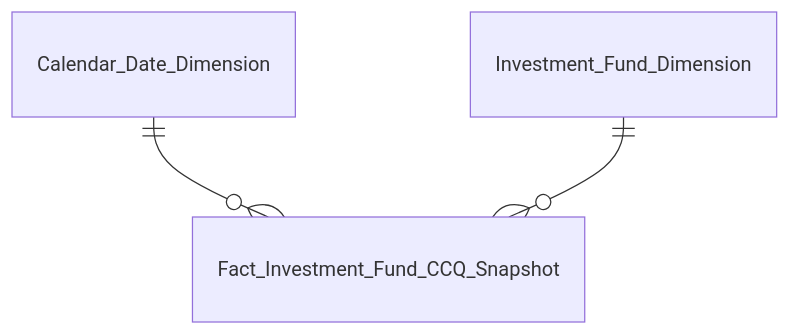
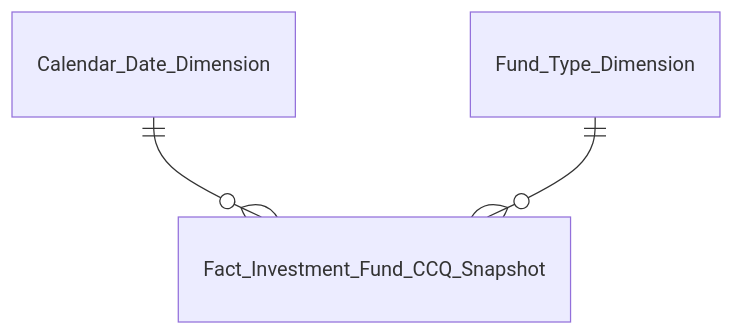
The fourth of 9 diagrams in Datamart/hld/DTM_QLQ_Entities.md (linhlvit/ubck_atomic_design), drawn with Mermaid before and after one commit. The commit also changed other lines of this file and 17 other files, not shown here.

First line of the commit message:
feat(QLQ): dong bo thiet ke theo code dev (Fund Type Dimension, FK fund_type_id, snpst_cdr_dt)

````diff
--- a/Datamart/hld/DTM_QLQ_Entities.md
+++ b/Datamart/hld/DTM_QLQ_Entities.md
@@ -80,5 +80,5 @@
 ```mermaid
 erDiagram
     Calendar_Date_Dimension ||--o{ Fact_Investment_Fund_CCQ_Snapshot : " "
-    Investment_Fund_Dimension ||--o{ Fact_Investment_Fund_CCQ_Snapshot : " "
+    Fund_Type_Dimension ||--o{ Fact_Investment_Fund_CCQ_Snapshot : " "
 ```
````
